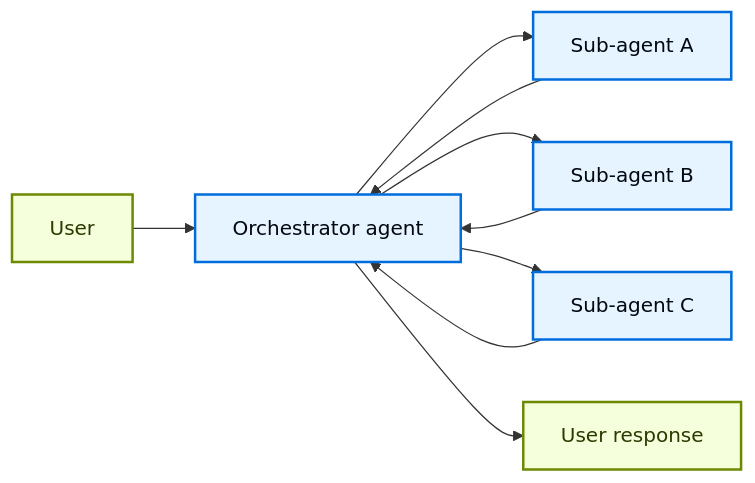
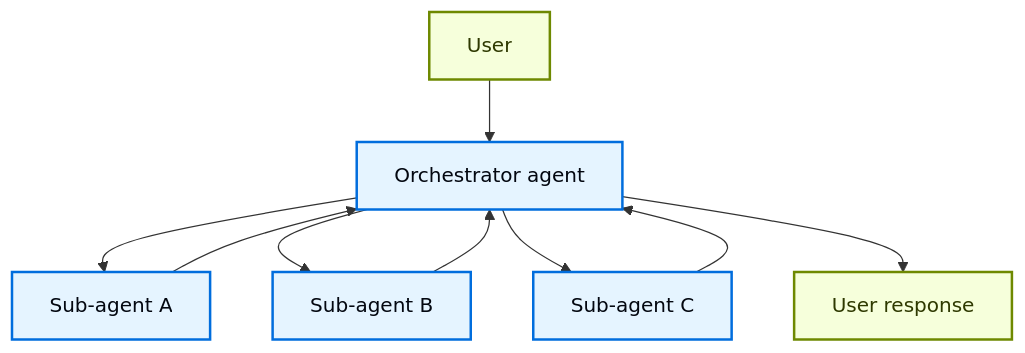
One commit to sweden-ai-factory/agentic-ai-lesson changed the first of 3 diagrams in content/multi-agent.md. Above: the diagram before and after it, drawn with Mermaid. The commit also changed other lines of this file, not shown here.

First line of the commit message:
Mermaid diagrams, and skeleton for sections

````diff
--- a/content/multi-agent.md
+++ b/content/multi-agent.md
@@ -76,17 +76,17 @@
 ```mermaid
-graph LR
+graph TB
     A[User] --> B[Orchestrator agent]
     B --> C[Sub-agent A]
     B --> D[Sub-agent B]
     B --> E[Sub-agent C]
     C --> B
     D --> B
     E --> B
     B --> F[User response]
 
     classDef trigger fill:#F6FFDB,stroke:#6E8900,stroke-width:2px,color:#2E3900
     classDef process fill:#E5F4FF,stroke:#006DDD,stroke-width:2px,color:#030710
 
     class A,F trigger
     class B,C,D,E process
 ```
````
